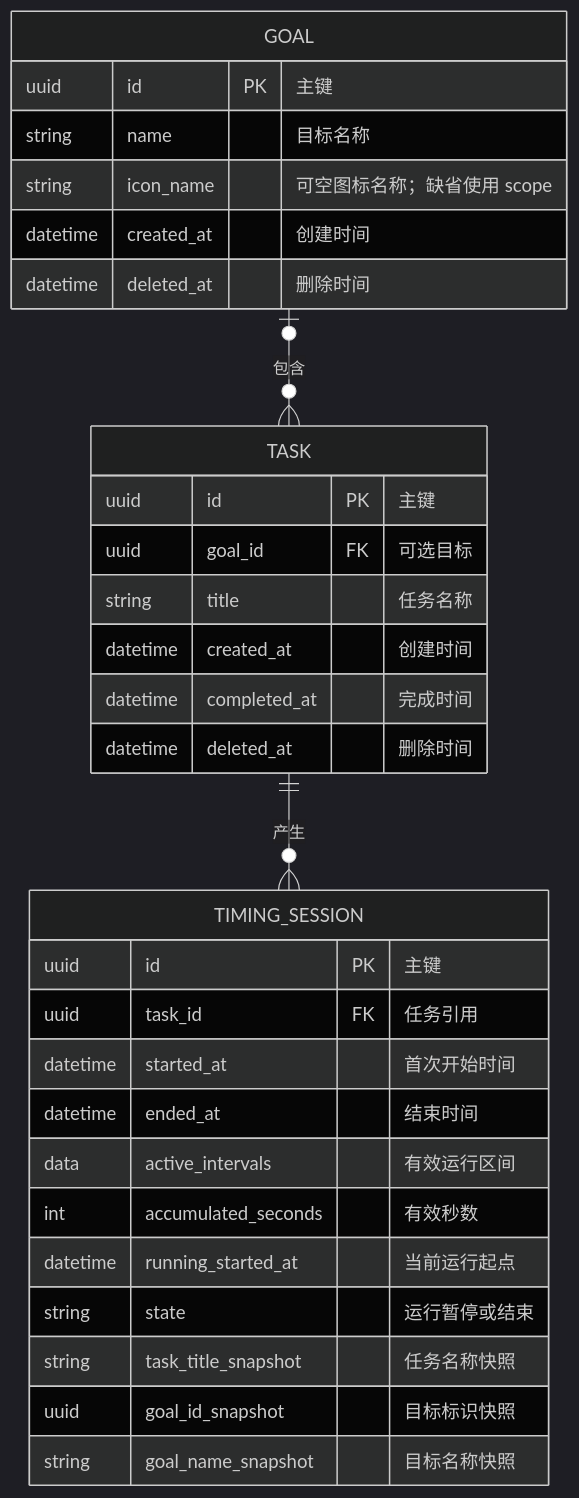
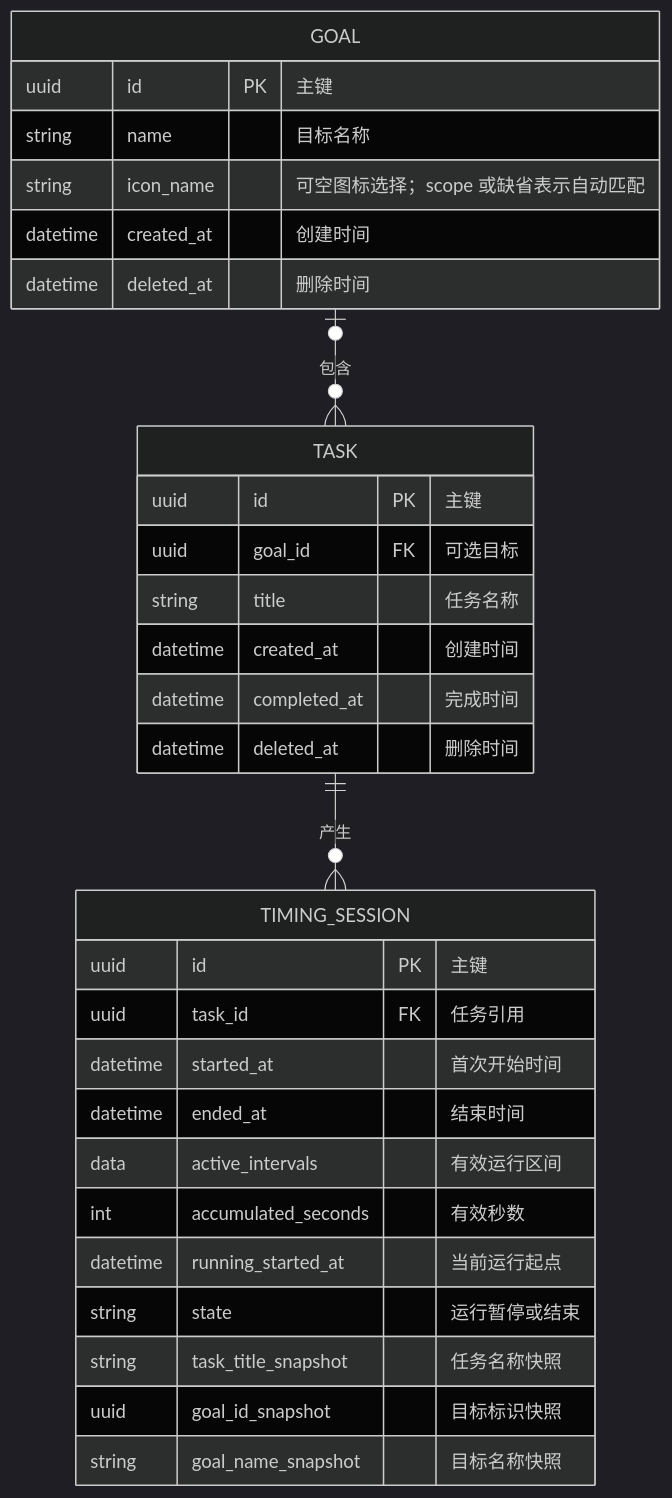
Before and after one commit to matchless0101/zhouji: the fourth of 4 diagrams in docs/02-产品需求文档-PRD.md, drawn with Mermaid (dark theme). The commit also changed other lines of this file and 12 other files, not shown here.

Commit message:
fix: 统一目标图标配图并验证独立设置

````diff
--- a/docs/02-产品需求文档-PRD.md
+++ b/docs/02-产品需求文档-PRD.md
@@ -344,39 +344,39 @@
 ```mermaid
 erDiagram
     accTitle: 粥记本地数据模型
     accDescr: 目标可以包含多个任务，任务可以产生多次计时；计时同时保存任务和目标快照以保证历史统计稳定。
 
     GOAL o|--o{ TASK : "包含"
     TASK ||--o{ TIMING_SESSION : "产生"
 
     GOAL {
         uuid id PK "主键"
         string name "目标名称"
-        string icon_name "可空图标名称；缺省使用 scope"
+        string icon_name "可空图标选择；scope 或缺省表示自动匹配"
         datetime created_at "创建时间"
         datetime deleted_at "删除时间"
     }
 
     TASK {
         uuid id PK "主键"
         uuid goal_id FK "可选目标"
         string title "任务名称"
         datetime created_at "创建时间"
         datetime completed_at "完成时间"
         datetime deleted_at "删除时间"
     }
 
     TIMING_SESSION {
         uuid id PK "主键"
         uuid task_id FK "任务引用"
         datetime started_at "首次开始时间"
         datetime ended_at "结束时间"
         data active_intervals "有效运行区间"
         int accumulated_seconds "有效秒数"
         datetime running_started_at "当前运行起点"
         string state "运行暂停或结束"
         string task_title_snapshot "任务名称快照"
         uuid goal_id_snapshot "目标标识快照"
         string goal_name_snapshot "目标名称快照"
     }
 ```
````
